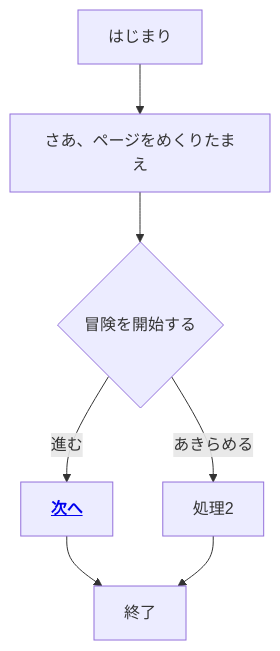
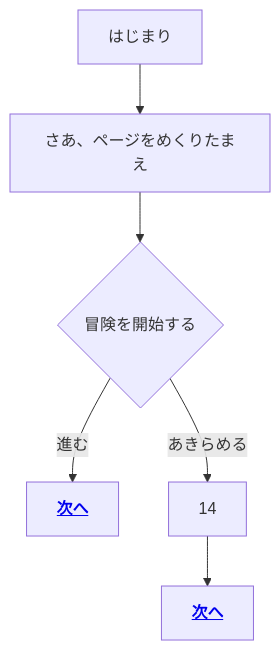
One commit to HirotsuguKaga/CLARK-COMPANY changed the diagram in Mermaid_GameBook.md. Above: the diagram before and after it, drawn with Mermaid.

Commit message:
Update Mermaid game book flow and links

````diff
--- a/Mermaid_GameBook.md
+++ b/Mermaid_GameBook.md
@@ -2,9 +2,8 @@
 ```mermaid
 graph TD
     A[はじまり] --> B["さあ、ページをめくりたまえ"];
     B --> C{冒険を開始する};
     C -- 進む --> D["<a href='https://play.google.com/store/apps/details?id=clark_and_company.gamebookc'><strong>次へ</strong></a>"];
-    C -- あきらめる --> E[処理2];
-    D --> F[終了];
-    E --> F;
+    C -- あきらめる --> E[14];
+    E--> F["<a href='https://play.google.com/store/apps/details?id=clark_and_company.gamebookc'><strong>次へ</strong></a>"];
 ```
````
